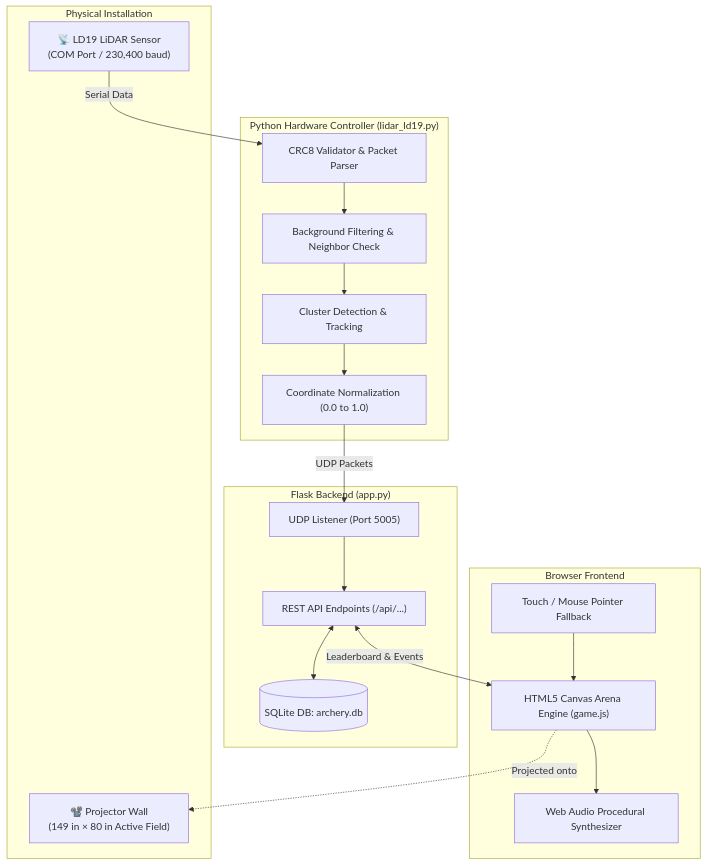
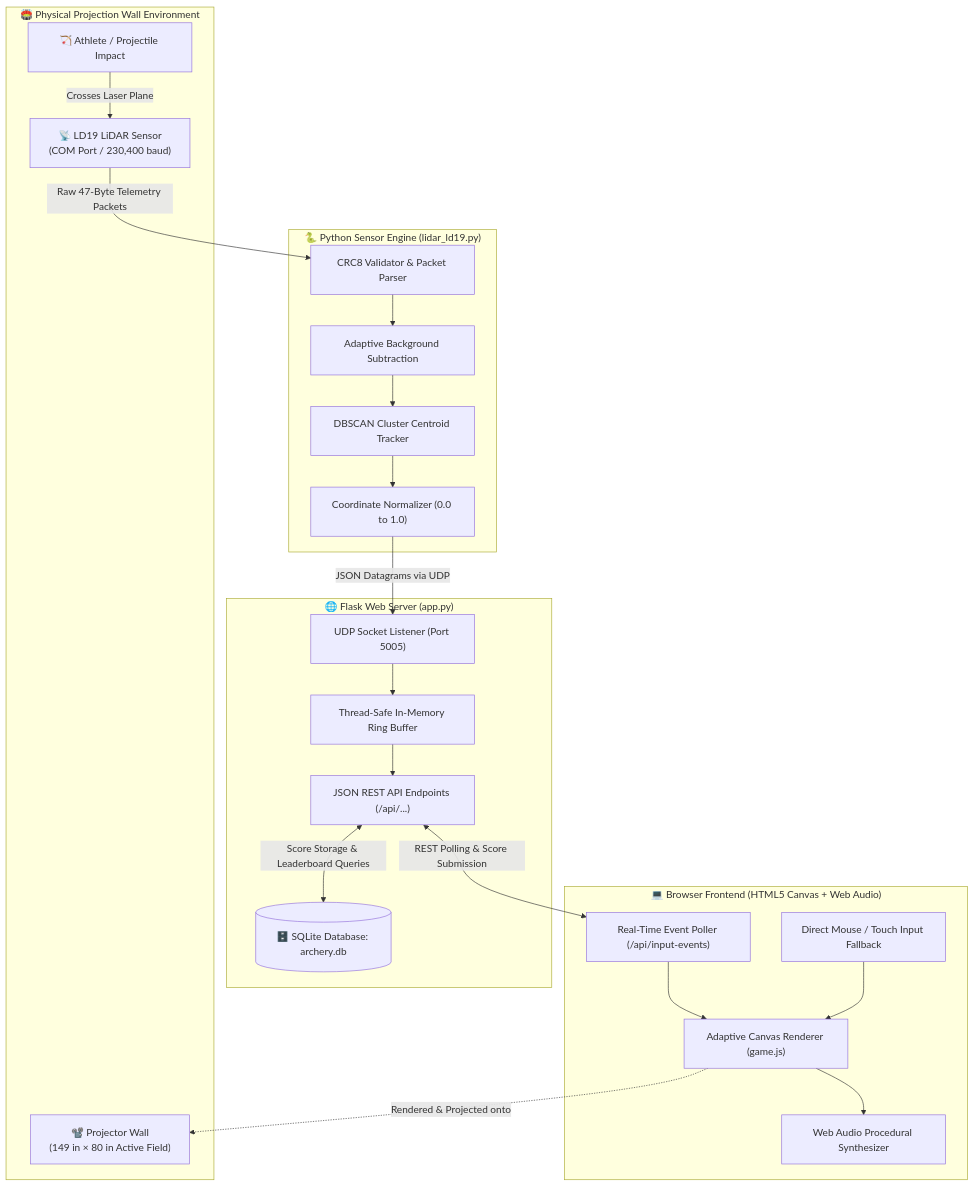
The first of 4 diagrams in README.md (Vikramreddy17/olympic-archery-arena), drawn with Mermaid before and after one commit. The commit also changed other lines of this file, not shown here.

Commit message:
docs: add detailed system architecture, state machine, sequence, and calibration diagrams

````diff
--- a/README.md
+++ b/README.md
@@ -51,36 +54,41 @@
 ```mermaid
 flowchart TD
-    subgraph Physical Installation
+    subgraph Physical Installation ["🏟️ Physical Projection Wall Environment"]
         LIDAR["📡 LD19 LiDAR Sensor<br/>(COM Port / 230,400 baud)"]
         PROJ["📽️ Projector Wall<br/>(149 in × 80 in Active Field)"]
+        ATHLETE["🏹 Athlete / Projectile Impact"]
     end
 
-    subgraph Hardware Layer ["Python Hardware Controller (lidar_ld19.py)"]
+    subgraph Hardware Layer ["🐍 Python Sensor Engine (lidar_ld19.py)"]
         PARSE["CRC8 Validator & Packet Parser"]
-        BG["Background Filtering & Neighbor Check"]
-        CLUSTER["Cluster Detection & Tracking"]
-        COORD["Coordinate Normalization (0.0 to 1.0)"]
+        BG["Adaptive Background Subtraction"]
+        CLUSTER["DBSCAN Cluster Centroid Tracker"]
+        COORD["Coordinate Normalizer (0.0 to 1.0)"]
     end
 
-    subgraph Web Server ["Flask Backend (app.py)"]
-        UDP["UDP Listener (Port 5005)"]
-        API["REST API Endpoints (/api/...)"]
-        DB[(SQLite DB: archery.db)]
+    subgraph Server Layer ["🌐 Flask Web Server (app.py)"]
+        UDP["UDP Socket Listener (Port 5005)"]
+        RING["Thread-Safe In-Memory Ring Buffer"]
+        API["JSON REST API Endpoints (/api/...)"]
+        DB[(🗄️ SQLite Database: archery.db)]
     end
 
-    subgraph Client Application ["Browser Frontend"]
-        CANVAS["HTML5 Canvas Arena Engine (game.js)"]
+    subgraph Client Layer ["💻 Browser Frontend (HTML5 Canvas + Web Audio)"]
+        POLL["Real-Time Event Poller (/api/input-events)"]
+        STAGE["Adaptive Canvas Renderer (game.js)"]
         AUDIO["Web Audio Procedural Synthesizer"]
-        TOUCH["Touch / Mouse Pointer Fallback"]
+        FALLBACK["Direct Mouse / Touch Input Fallback"]
     end
 
-    LIDAR -->|Serial Data| PARSE
+    ATHLETE -->|Crosses Laser Plane| LIDAR
+    LIDAR -->|Raw 47-Byte Telemetry Packets| PARSE
     PARSE --> BG --> CLUSTER --> COORD
-    COORD -->|UDP Packets| UDP
-    UDP --> API
-    TOUCH --> CANVAS
-    API <-->|Leaderboard & Events| CANVAS
-    API <--> DB
-    CANVAS --> AUDIO
-    CANVAS -.->|Projected onto| PROJ
+    COORD -->|JSON Datagrams via UDP| UDP
+    UDP --> RING --> API
+    API <-->|REST Polling & Score Submission| POLL
+    POLL --> STAGE
+    FALLBACK --> STAGE
+    STAGE --> AUDIO
+    STAGE -.->|Rendered & Projected onto| PROJ
+    API <-->|Score Storage & Leaderboard Queries| DB
 ```
````
